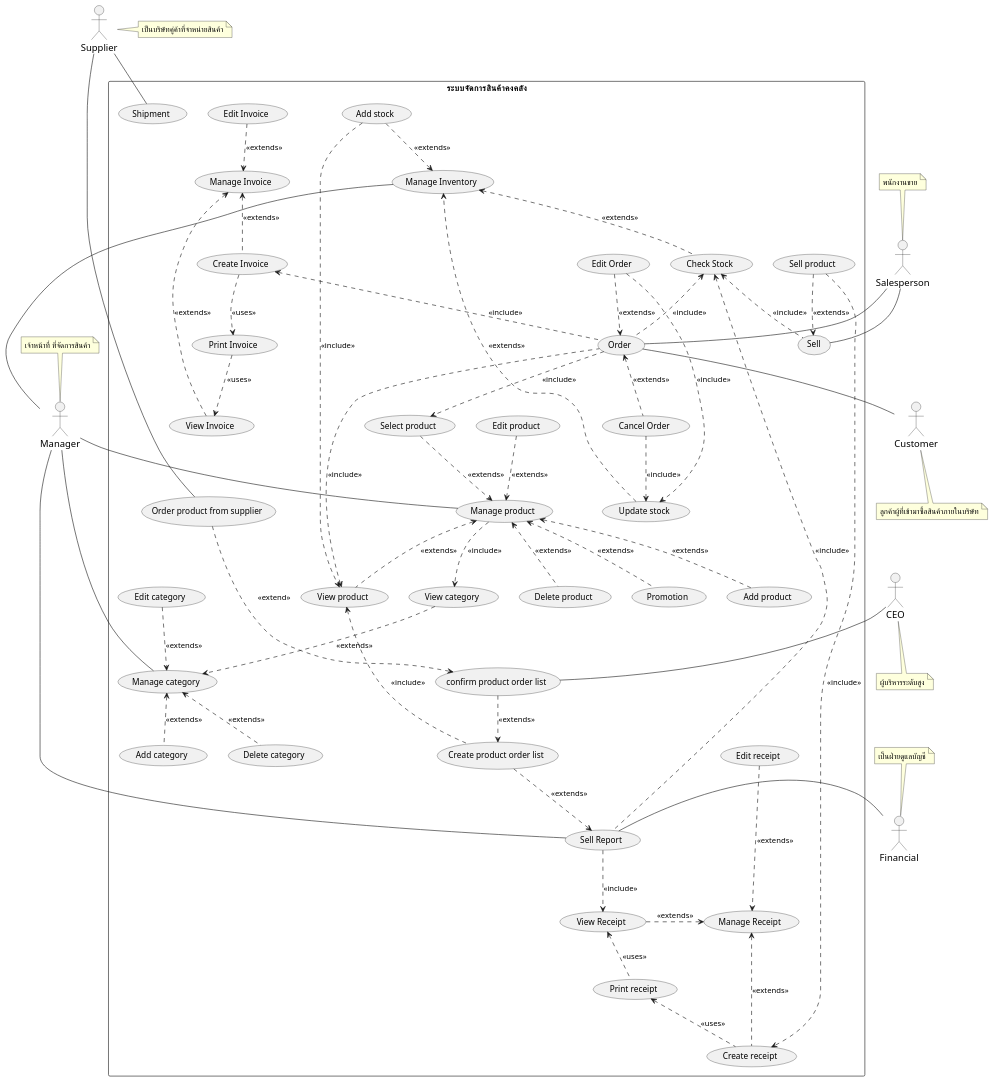
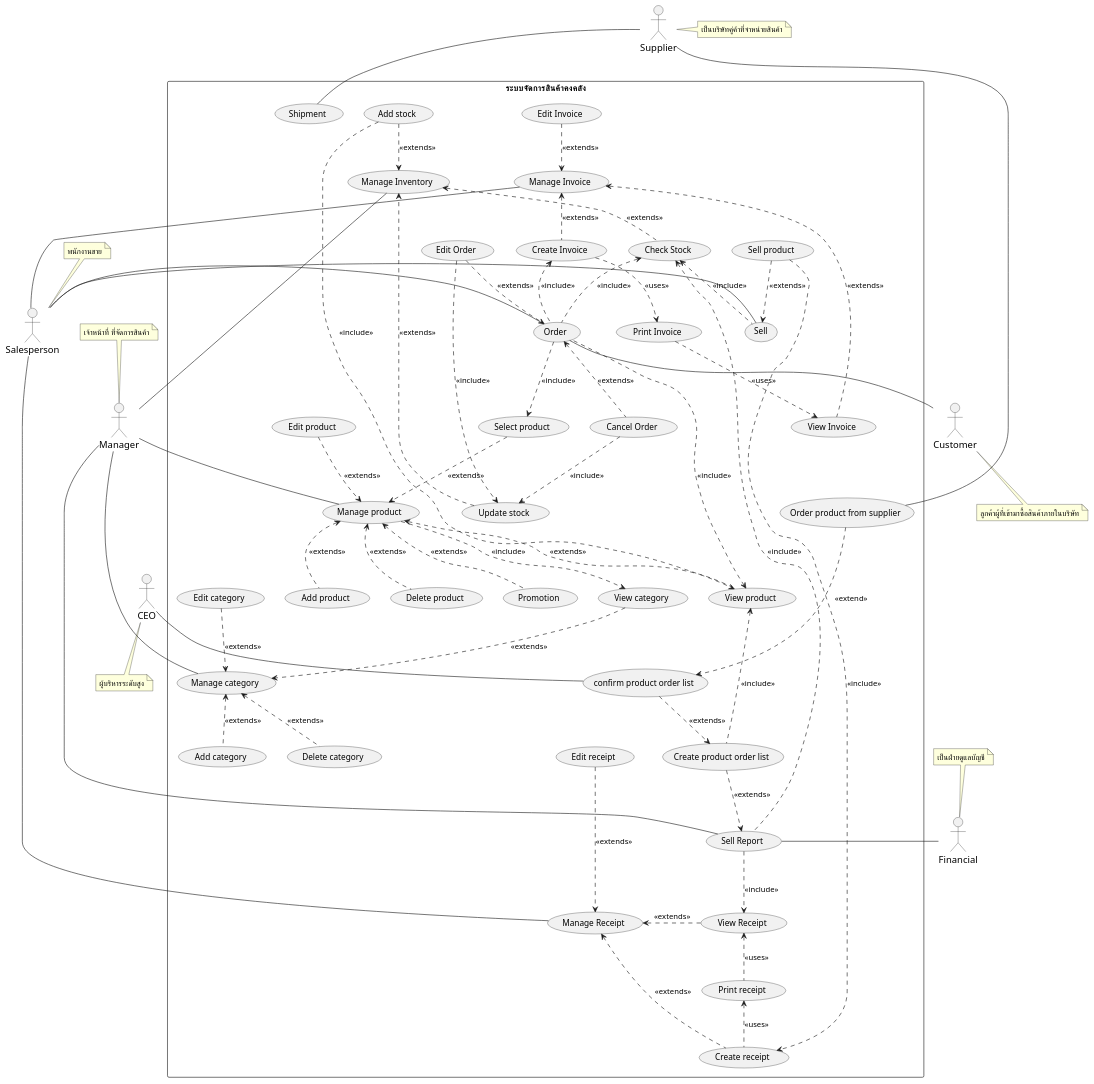
The diagram in system-analysis/usecase/_0_usecase-diagram.puml (billowdev/inventory-system-plantuml-sequelize-seeder-example), drawn with PlantUML before and after one commit. The commit also changed 4 other files, not shown here.

```diff
--- a/system-analysis/usecase/_0_usecase-diagram.puml
+++ b/system-analysis/usecase/_0_usecase-diagram.puml
@@ -8,7 +8,7 @@
     ActorFontName Thai
 }
 'skinparam linetype polyline
-'skinparam linetype ortho
+' skinparam linetype ortho
 
 skinparam Participant{
     FontColor #efefef
@@ -187,6 +187,8 @@
     (usecaseCreateInvoice) ..> (usecasePrintInvoice) : <<uses>>
     (usecasePrintInvoice) ..> (usecaseViewInvoice) : <<uses>>
 
+     (usecaseInvoice) -- actorSalesperson
+
     ' ================ Receipt ================
     (usecaseCreateReceipt) .up.> (usecaseReceipt) : <<extends>>
     (usecaseViewReceipt) .> (usecaseReceipt) : <<extends>>
@@ -194,6 +196,7 @@
     (usecaseCreateReceipt) .up.> (usecasePrintReceipt) : <<uses>>
     (usecaseViewReceipt)  <..   (usecasePrintReceipt): <<uses>>
 
+    (usecaseReceipt) -- actorSalesperson
 
     ' ===  ความสัมพันธ์ระหว่าง actor และ usecase ในส่วนของการสออกรายงาน ===
     actorManager -- (usecaseSellReport)
@@ -203,7 +206,6 @@
     ' ================ Reporting ================
     '   การทำรายงาน
 
-    '    (usecaseViewInvoice) <..  (usecaseSellReport)   : <<include>>
     (usecaseSellReport) ..> (usecaseViewReceipt)    : <<include>>
     (usecaseCheckStock)  <.. (usecaseSellReport)  : <<include>>
     (usecaseCreateProductOrderList) ..>  (usecaseSellReport)   : <<extends>>
@@ -211,10 +213,8 @@
     (usecaseViewProduct) <... (usecaseCreateProductOrderList) : <<include>>
     (usecaseConfirmOrderList) ..> (usecaseCreateProductOrderList) : <<extends>>
     (usecaseOrderProductFromSupplier) ...> (usecaseConfirmOrderList)  : <<extend>>
+   
     actorSupplier -- (usecaseOrderProductFromSupplier)
-
-
-
     actorCEO -- (usecaseConfirmOrderList)
 
 
```
